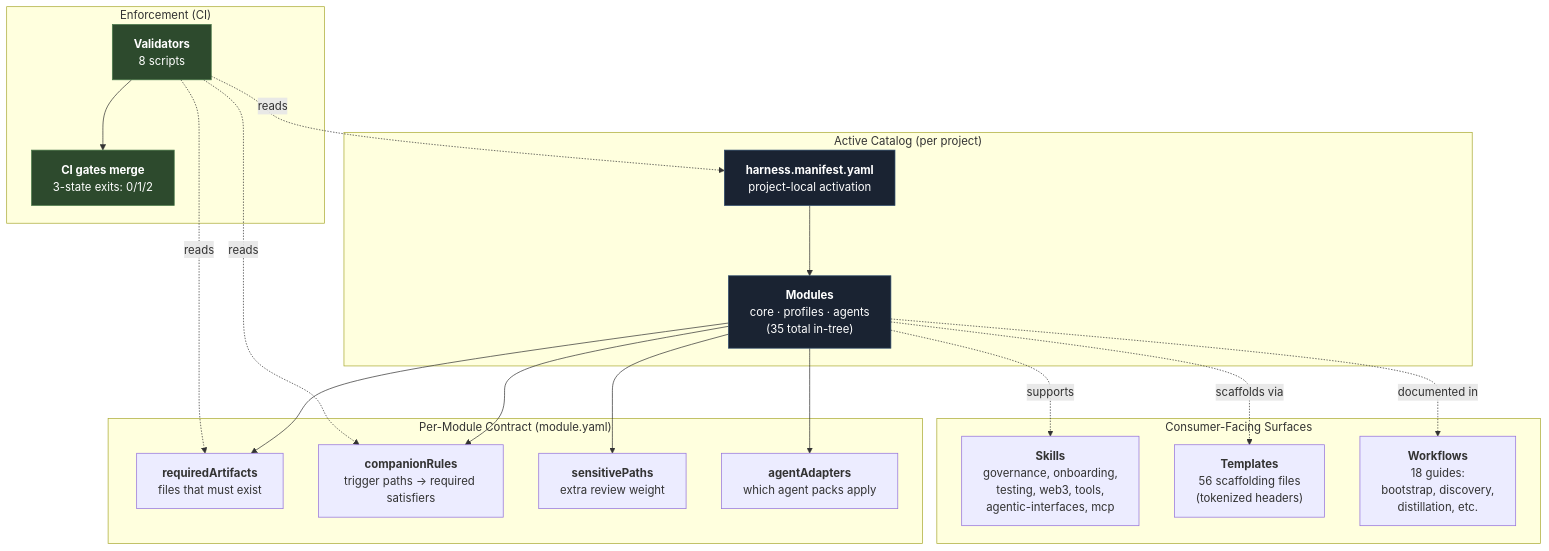
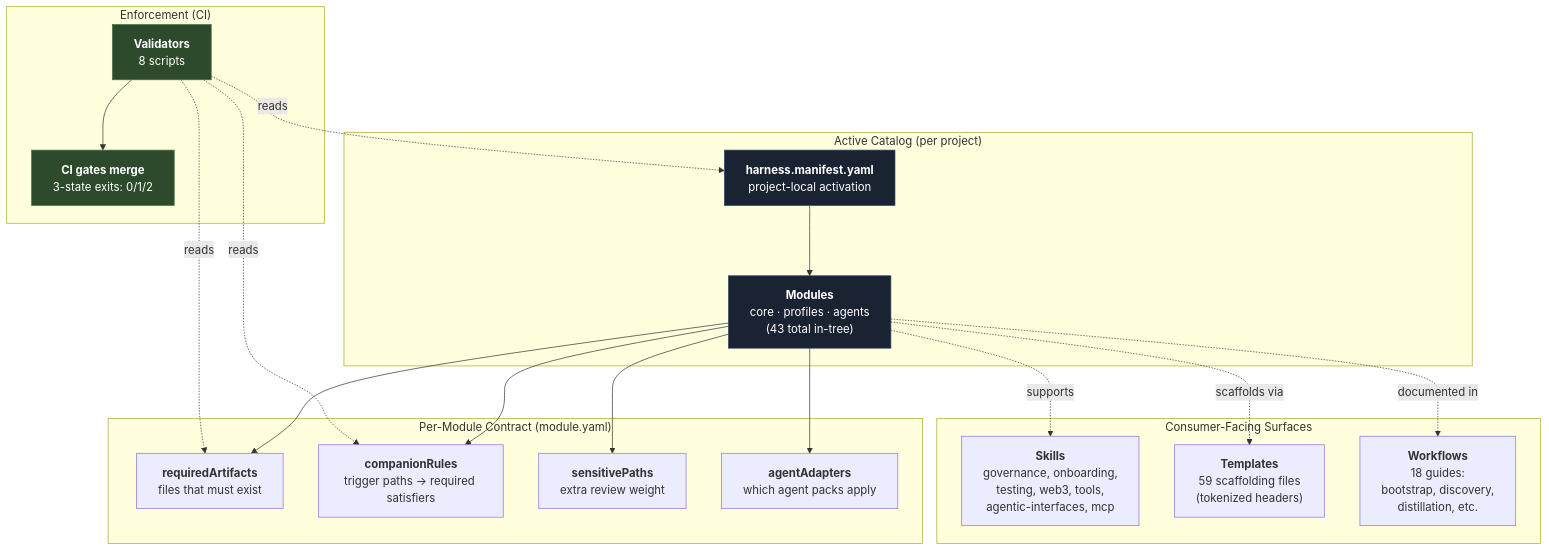
The first of 11 diagrams in docs/architecture/diagrams.md (drakevonduck/auto-harness), drawn with Mermaid before and after one commit. The commit also changed other lines of this file and 21 other files, not shown here.

````diff
--- a/docs/architecture/diagrams.md
+++ b/docs/architecture/diagrams.md
@@ -48,38 +48,38 @@
 ```mermaid
 flowchart TD
     Manifest["<b>harness.manifest.yaml</b><br/>project-local activation"]
 
     subgraph CATALOG["Active Catalog (per project)"]
-        Manifest --> Modules["<b>Modules</b><br/>core · profiles · agents<br/>(35 total in-tree)"]
+        Manifest --> Modules["<b>Modules</b><br/>core · profiles · agents<br/>(43 total in-tree)"]
     end
 
     subgraph CONTRACT["Per-Module Contract (module.yaml)"]
         Modules --> Required["<b>requiredArtifacts</b><br/>files that must exist"]
         Modules --> Companions["<b>companionRules</b><br/>trigger paths → required satisfiers"]
         Modules --> Sensitive["<b>sensitivePaths</b><br/>extra review weight"]
         Modules --> Adapters["<b>agentAdapters</b><br/>which agent packs apply"]
     end
 
     subgraph ENFORCE["Enforcement (CI)"]
         Validators["<b>Validators</b><br/>8 scripts"]
         Validators -.reads.-> Manifest
         Validators -.reads.-> Required
         Validators -.reads.-> Companions
         Validators --> CIGate["<b>CI gates merge</b><br/>3-state exits: 0/1/2"]
     end
 
     subgraph SURFACE["Consumer-Facing Surfaces"]
         Skills["<b>Skills</b><br/>governance, onboarding,<br/>testing, web3, tools,<br/>agentic-interfaces, mcp"]
-        Templates["<b>Templates</b><br/>56 scaffolding files<br/>(tokenized headers)"]
+        Templates["<b>Templates</b><br/>59 scaffolding files<br/>(tokenized headers)"]
         Workflows["<b>Workflows</b><br/>18 guides:<br/>bootstrap, discovery,<br/>distillation, etc."]
     end
 
     Modules -.supports.-> Skills
     Modules -.scaffolds via.-> Templates
     Modules -.documented in.-> Workflows
 
     style Manifest fill:#1a2332,stroke:#2c4a6b,color:#fff
     style Modules fill:#1a2332,stroke:#2c4a6b,color:#fff
     style Validators fill:#2d4a2d,stroke:#4a7a4a,color:#fff
     style CIGate fill:#2d4a2d,stroke:#4a7a4a,color:#fff
 ```
````
